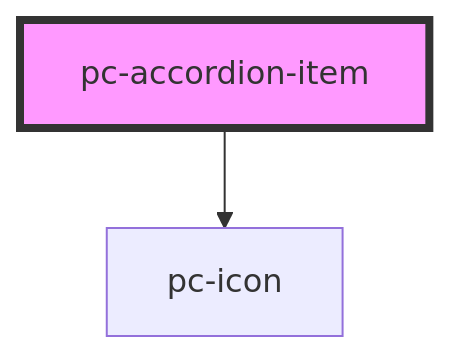
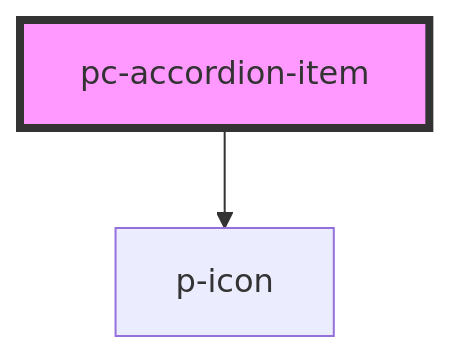
One commit to redvars/peacock changed the diagram in src/components/accordion/accordion-item/readme.md. Above: the diagram before and after it, drawn with Mermaid. The commit also changed other lines of this file and 94 other files, not shown here.

````diff
--- a/src/components/accordion/accordion-item/readme.md
+++ b/src/components/accordion/accordion-item/readme.md
@@ -38,5 +38,5 @@
 ```mermaid
 graph TD;
-  pc-accordion-item --> pc-icon
+  pc-accordion-item --> p-icon
   style pc-accordion-item fill:#f9f,stroke:#333,stroke-width:4px
 ```
````
